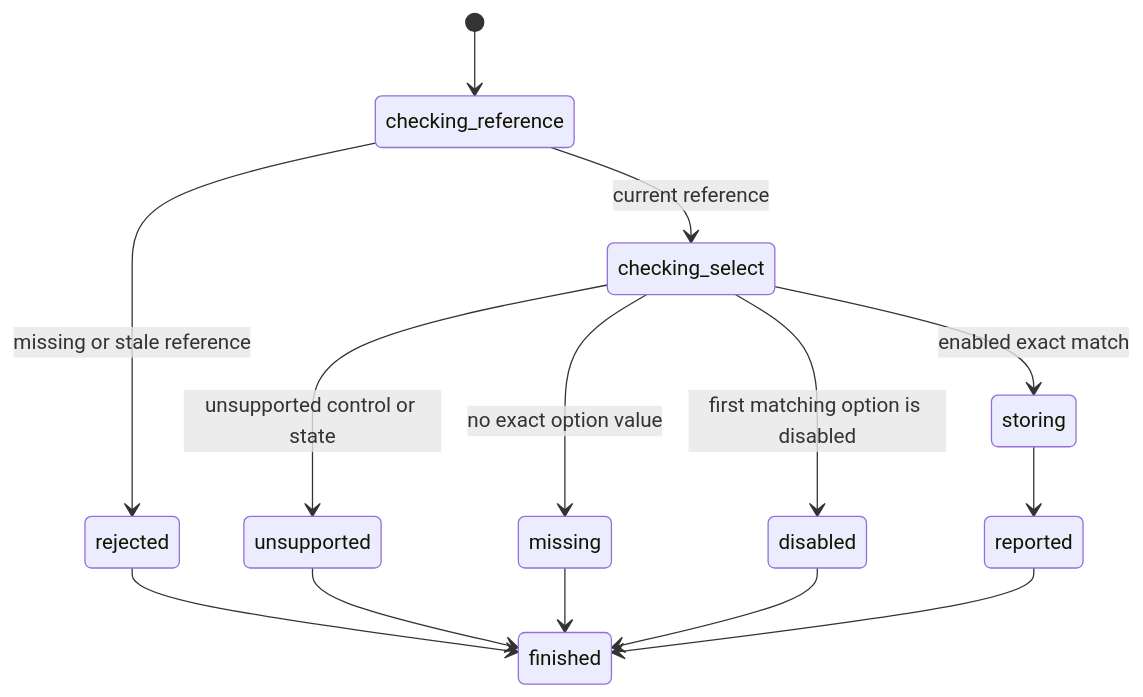
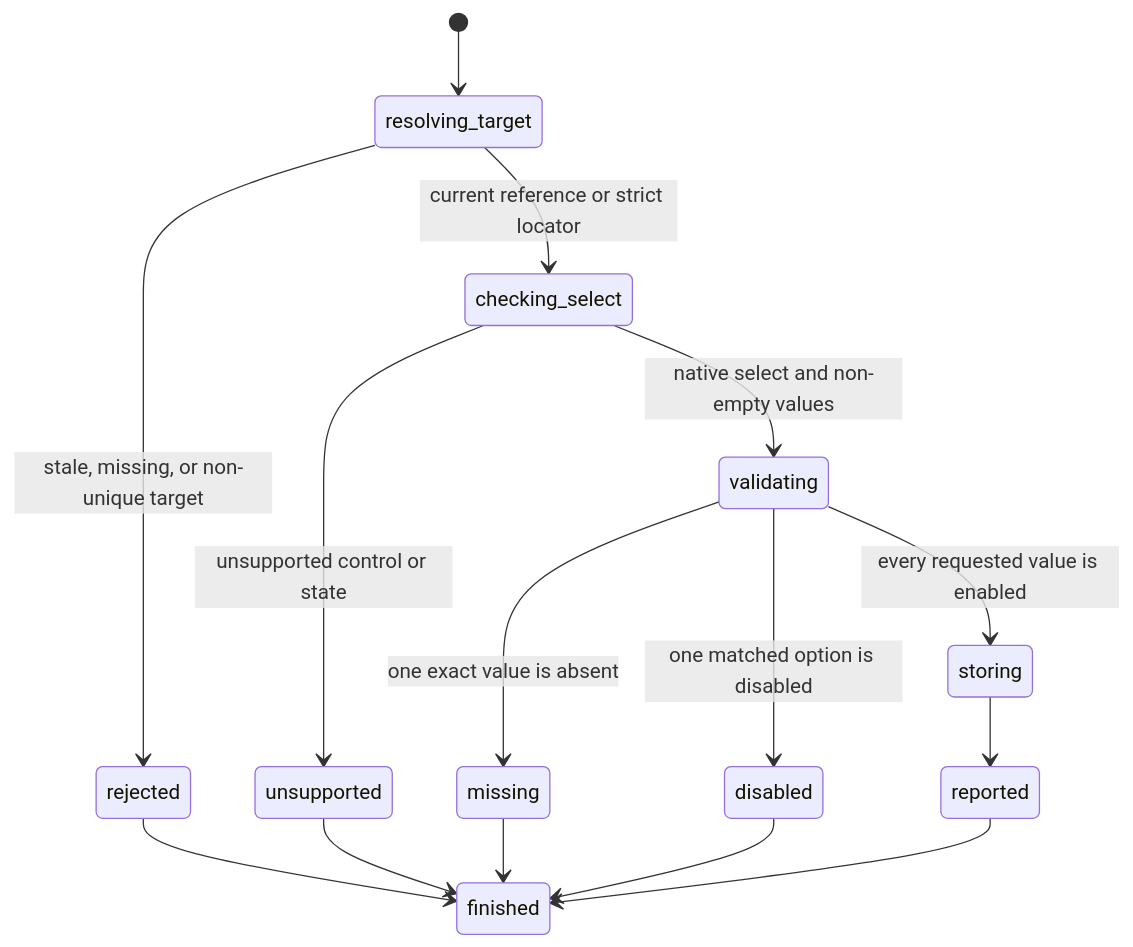
One commit to thoriqakbar0/browser.jr changed the diagram in interaction/select-option.md. Above: the diagram before and after it, drawn with Mermaid. The commit also changed other lines of this file and 45 other files, not shown here.

````diff
--- a/interaction/select-option.md
+++ b/interaction/select-option.md
@@ -21,16 +23,17 @@
 ```mermaid
 stateDiagram-v2
-    [*] --> checking_reference
-    checking_reference --> rejected : missing or stale reference
-    checking_reference --> checking_select : current reference
+    [*] --> resolving_target
+    resolving_target --> rejected : stale, missing, or non-unique target
+    resolving_target --> checking_select : current reference or strict locator
     checking_select --> unsupported : unsupported control or state
-    checking_select --> missing : no exact option value
-    checking_select --> disabled : first matching option is disabled
-    checking_select --> storing : enabled exact match
+    checking_select --> validating : native select and non-empty values
+    validating --> missing : one exact value is absent
+    validating --> disabled : one matched option is disabled
+    validating --> storing : every requested value is enabled
     storing --> reported
     rejected --> finished
     unsupported --> finished
     missing --> finished
     disabled --> finished
     reported --> finished
 ```
````
